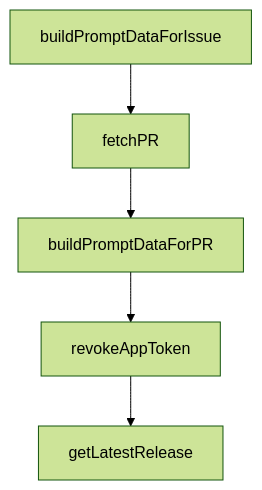
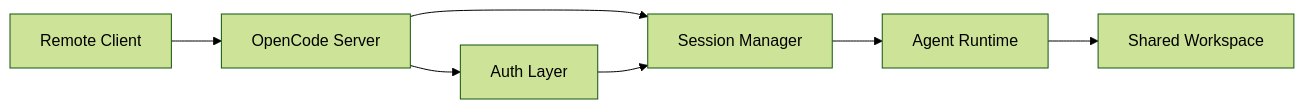
One commit to johnxie/awesome-code-docs changed the diagram in tutorials/opencode-tutorial/06-client-server-and-remote-workflows.md. Above: the diagram before and after it, drawn with Mermaid (forest theme). The commit also changed other lines of this file and 1232 other files, not shown here.

````diff
--- a/tutorials/opencode-tutorial/06-client-server-and-remote-workflows.md
+++ b/tutorials/opencode-tutorial/06-client-server-and-remote-workflows.md
@@ -216,12 +48,9 @@
 ```mermaid
-flowchart TD
-    A[buildPromptDataForIssue]
-    B[fetchPR]
-    C[buildPromptDataForPR]
-    D[revokeAppToken]
-    E[getLatestRelease]
-    A --> B
-    B --> C
-    C --> D
-    D --> E
+flowchart LR
+    A[Remote Client] --> B[OpenCode Server]
+    B --> C[Session Manager]
+    C --> D[Agent Runtime]
+    D --> E[Shared Workspace]
+    B --> F[Auth Layer]
+    F --> C
 ```
````
